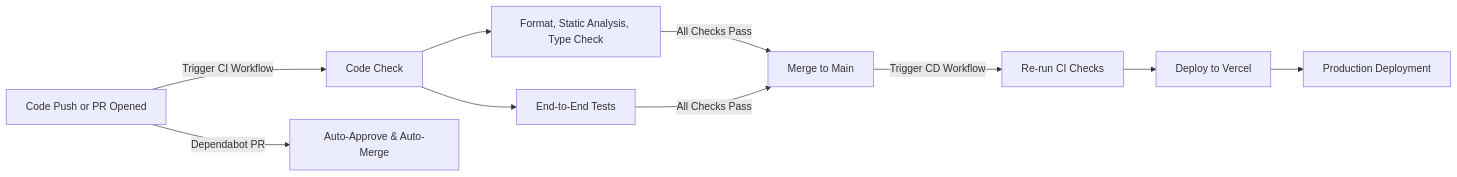
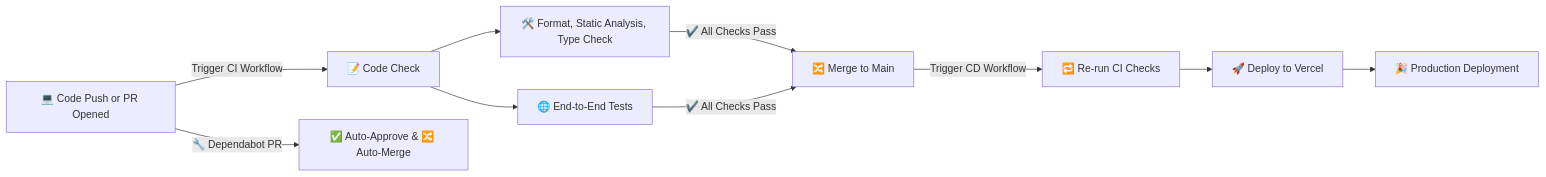
One commit to jimmy-guzman/popcorn.fyi changed the diagram in docs/ci-cd.md. Above: the diagram before and after it, drawn with Mermaid. The commit also changed other lines of this file and 5 other files, not shown here.

````diff
--- a/docs/ci-cd.md
+++ b/docs/ci-cd.md
@@ -67,11 +66,11 @@
 ```mermaid
 flowchart LR
-  A[Code Push or PR Opened] -->|Trigger CI Workflow| B[Code Check]
-  A -->|Dependabot PR| C[Auto-Approve & Auto-Merge]
-  B --> D[Format, Static Analysis, Type Check]
-  B --> E[End-to-End Tests]
-  D & E -->|All Checks Pass| F[Merge to Main]
-  F -->|Trigger CD Workflow| G[Re-run CI Checks]
-  G --> H[Deploy to Vercel]
-  H --> I[Production Deployment]
+  A[💻 Code Push or PR Opened] -->|Trigger CI Workflow| B[📝 Code Check]
+  A -->|🔧 Dependabot PR| C[✅ Auto-Approve & 🔀 Auto-Merge]
+  B --> D[🛠️ Format, Static Analysis, Type Check]
+  B --> E[🌐 End-to-End Tests]
+  D & E -->|✔️ All Checks Pass| F[🔀 Merge to Main]
+  F -->|Trigger CD Workflow| G[🔁 Re-run CI Checks]
+  G --> H[🚀 Deploy to Vercel]
+  H --> I[🎉 Production Deployment]
 ```
````
